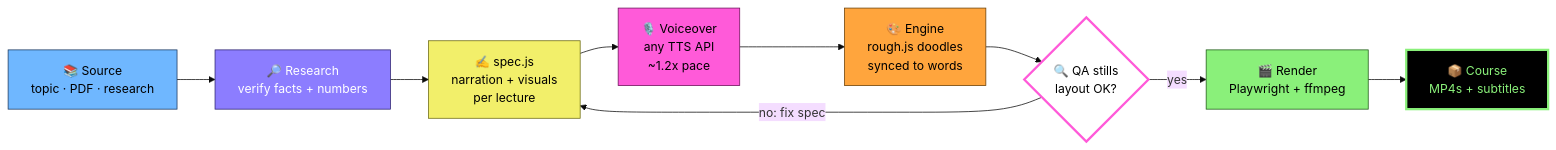
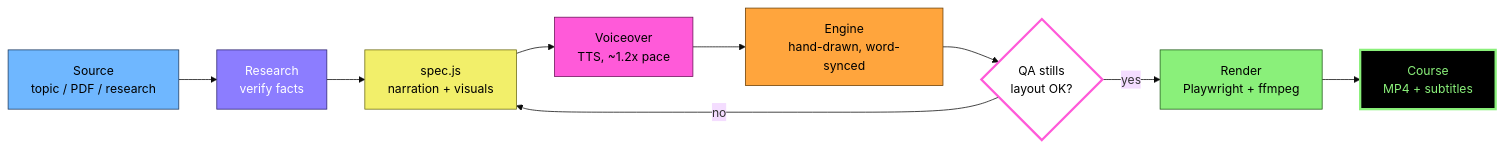
Before and after one commit to olatzbeitia-me/Agent-skills: the diagram in README.md, drawn with Mermaid (base theme). The commit also changed other lines of this file, not shown here.

````diff
--- a/README.md
+++ b/README.md
@@ -13,20 +11,20 @@
 ```mermaid
 flowchart LR
-    A["📚 Source<br/>topic · PDF · research"]:::src --> B["🔎 Research<br/>verify facts + numbers"]:::research
-    B --> C["✍️ spec.js<br/>narration + visuals<br/>per lecture"]:::spec
-    C --> D["🎙️ Voiceover<br/>any TTS API<br/>~1.2x pace"]:::voice
-    D --> E["🎨 Engine<br/>rough.js doodles<br/>synced to words"]:::engine
-    E --> F{"🔍 QA stills<br/>layout OK?"}:::qa
-    F -- "no: fix spec" --> C
-    F -- yes --> G["🎬 Render<br/>Playwright + ffmpeg"]:::render
-    G --> H["📦 Course<br/>MP4s + subtitles"]:::out
+    A["Source<br/>topic / PDF / research"]:::src --> B["Research<br/>verify facts"]:::research
+    B --> C["spec.js<br/>narration + visuals"]:::spec
+    C --> D["Voiceover<br/>TTS, ~1.2x pace"]:::voice
+    D --> E["Engine<br/>hand-drawn, word-synced"]:::engine
+    E --> F{"QA stills<br/>layout OK?"}:::qa
+    F -- no --> C
+    F -- yes --> G["Render<br/>Playwright + ffmpeg"]:::render
+    G --> H["Course<br/>MP4 + subtitles"]:::out
 
     classDef src fill:#6fb7ff,stroke:#1e3a5f,color:#000
     classDef research fill:#8c7dff,stroke:#2e2470,color:#fff
     classDef spec fill:#f2ef6a,stroke:#6b6a10,color:#000
     classDef voice fill:#ff5ad9,stroke:#6b1059,color:#000
     classDef engine fill:#ffa53d,stroke:#6b3f05,color:#000
     classDef qa fill:#ffffff,stroke:#ff5ad9,stroke-width:3px,color:#000
     classDef render fill:#8af07a,stroke:#1f5a17,color:#000
     classDef out fill:#000000,stroke:#8af07a,stroke-width:3px,color:#8af07a
 ```
````
